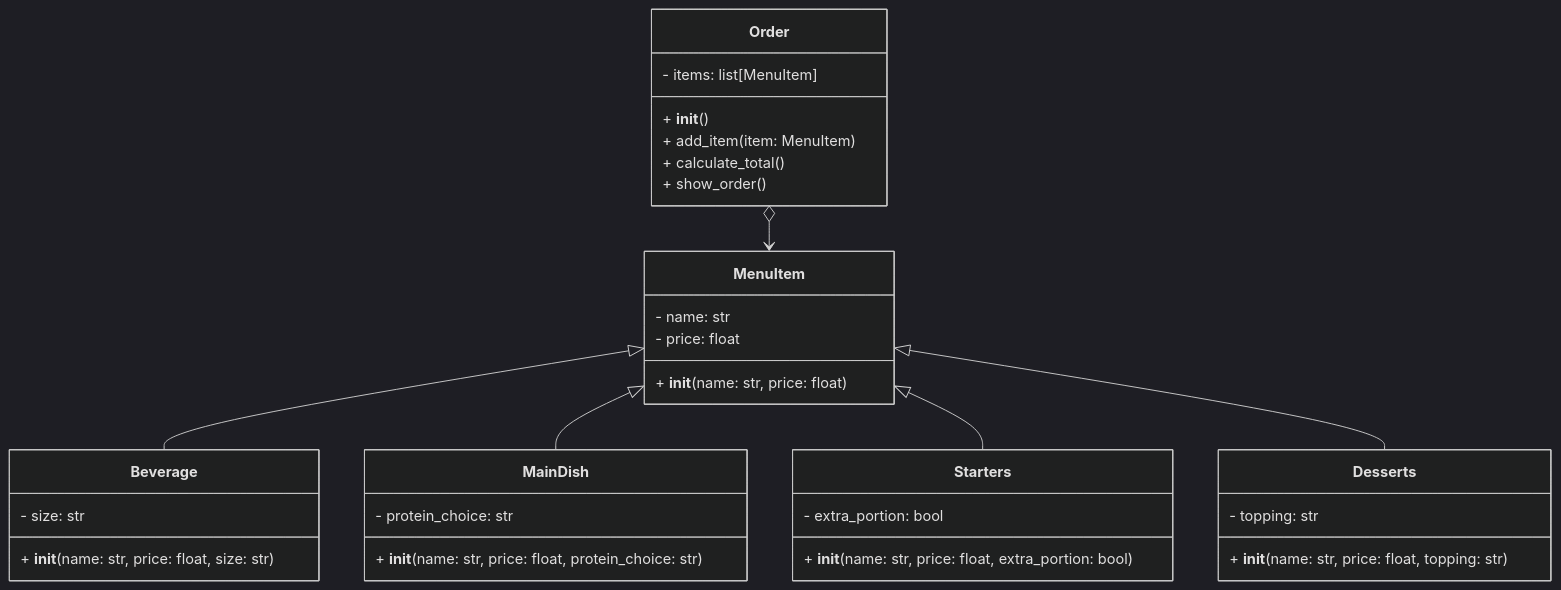
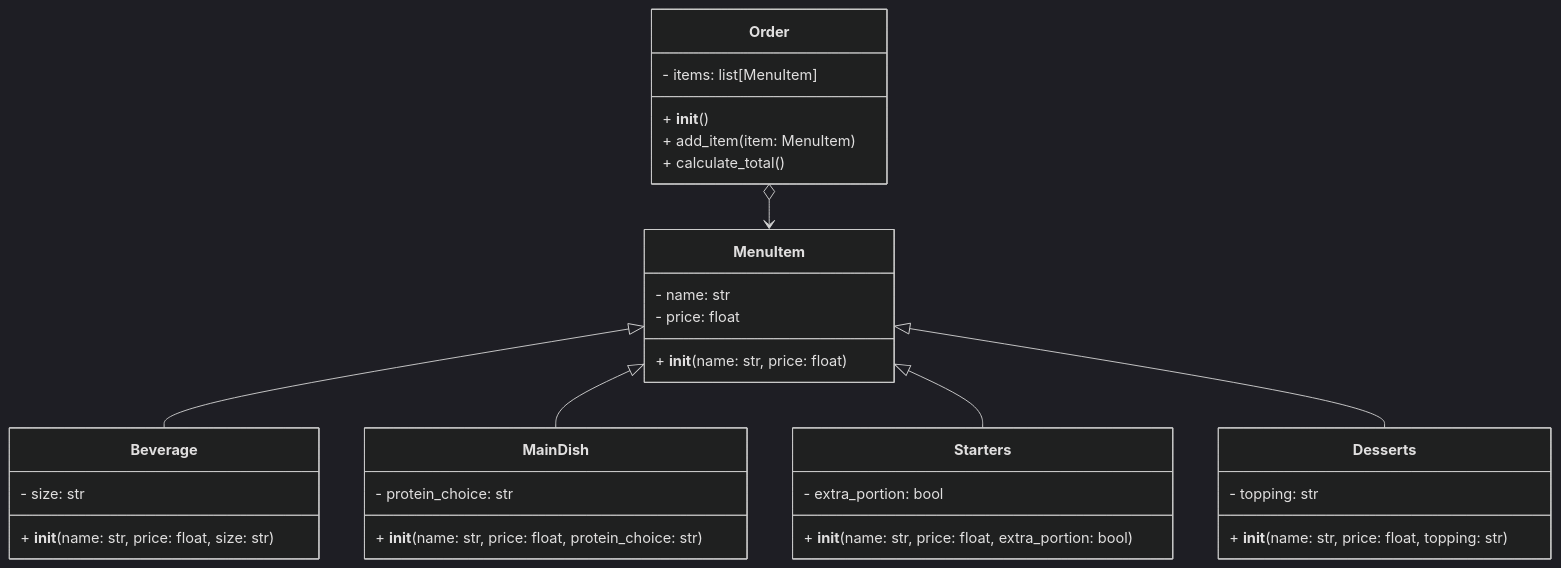
The diagram in README.md (Alessandro-G-M/Poo_reto03), drawn with Mermaid (dark theme) before and after one commit.

````diff
--- a/README.md
+++ b/README.md
@@ -181,43 +181,42 @@
 ```mermaid
 
 classDiagram
     class MenuItem {
         - name: str
         - price: float
         + __init__(name: str, price: float)
     }
     
     class Beverage {
         - size: str
         + __init__(name: str, price: float, size: str)
     }
     
     class MainDish {
         - protein_choice: str
         + __init__(name: str, price: float, protein_choice: str)
     }
     
     class Starters {
         - extra_portion: bool
         + __init__(name: str, price: float, extra_portion: bool)
     }
     
     class Desserts {
         - topping: str
         + __init__(name: str, price: float, topping: str)
     }
     
     class Order {
         - items: list[MenuItem]
         + __init__()
         + add_item(item: MenuItem)
         + calculate_total()
-        + show_order()
     }
     
     MenuItem <|-- Beverage
     MenuItem <|-- MainDish
     MenuItem <|-- Starters
     MenuItem <|-- Desserts
     Order o--> MenuItem
 ```
````
